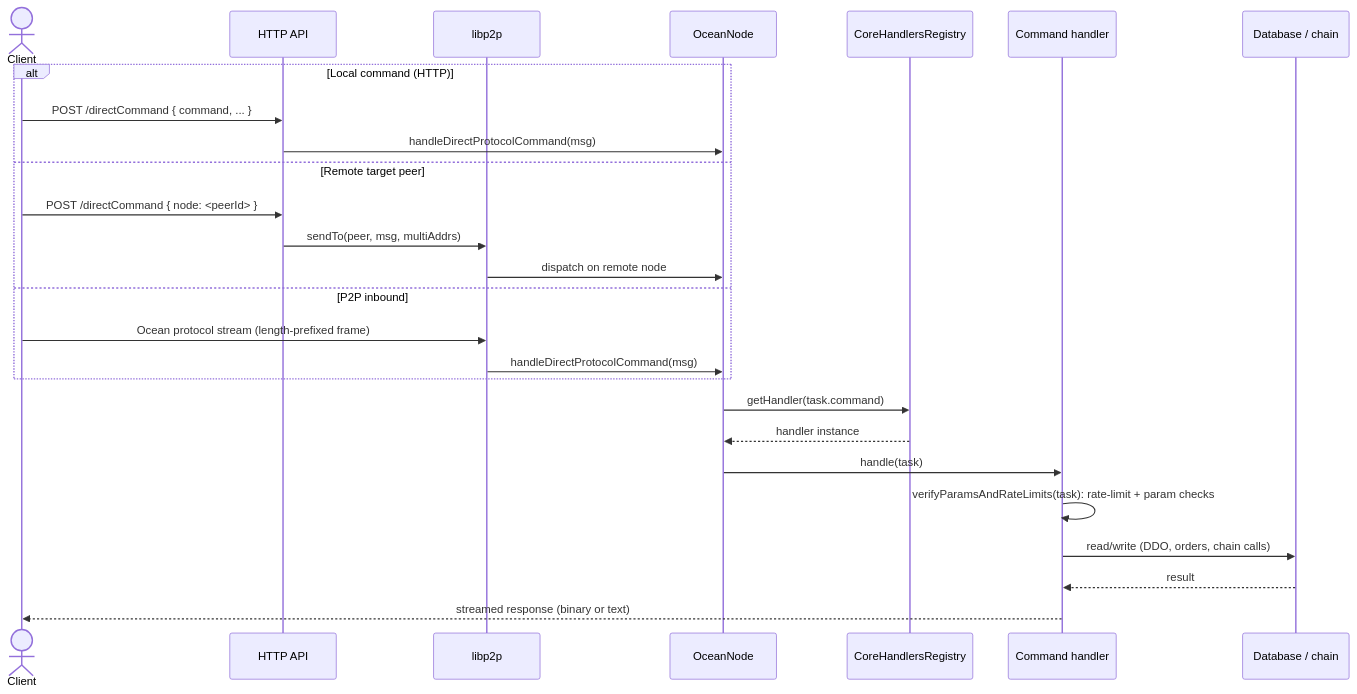
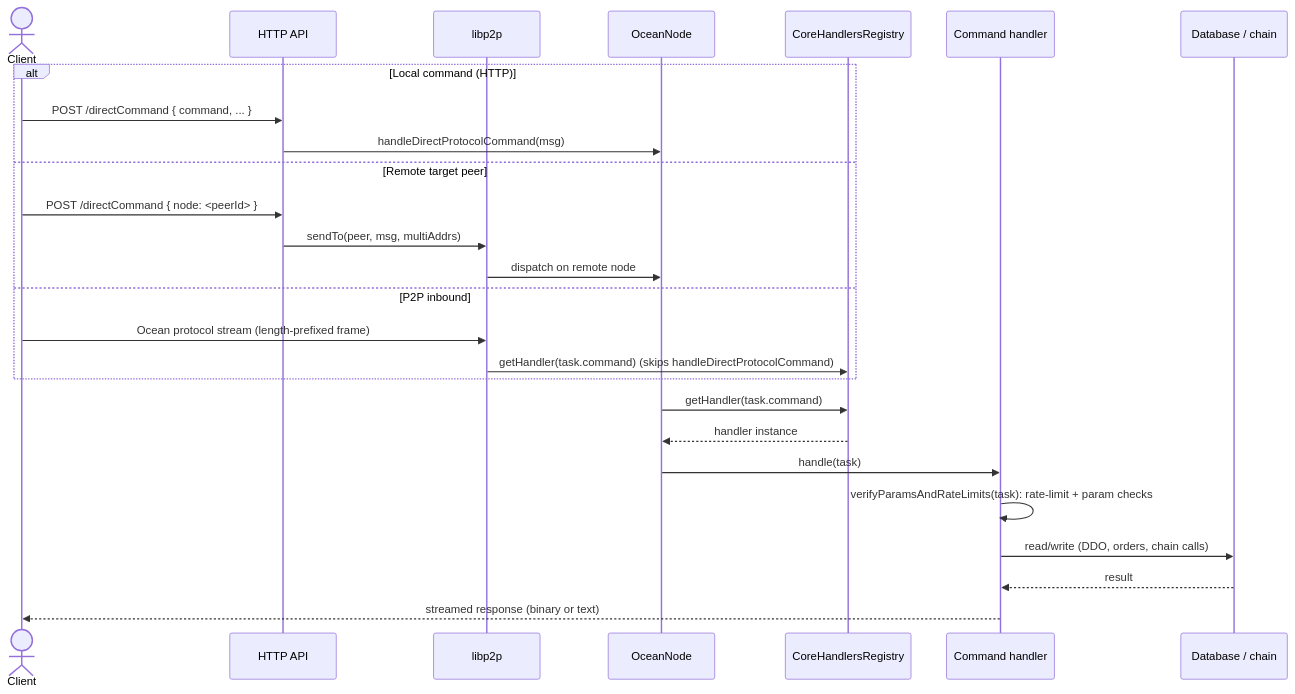
One commit to oceanprotocol/ocean-node changed the second of 5 diagrams in docs/Arhitecture.md. Above: the diagram before and after it, drawn with Mermaid. The commit also changed other lines of this file and 1 other file, not shown here.

````diff
--- a/docs/Arhitecture.md
+++ b/docs/Arhitecture.md
@@ -111,30 +115,30 @@
 ```mermaid
 sequenceDiagram
     actor Client
     participant HTTP as HTTP API
     participant P2P as libp2p
     participant ON as OceanNode
     participant REG as CoreHandlersRegistry
     participant H as Command handler
     participant DB as Database / chain
 
     alt Local command (HTTP)
         Client->>HTTP: POST /directCommand { command, ... }
         HTTP->>ON: handleDirectProtocolCommand(msg)
     else Remote target peer
         Client->>HTTP: POST /directCommand { node: <peerId> }
         HTTP->>P2P: sendTo(peer, msg, multiAddrs)
         P2P->>ON: dispatch on remote node
     else P2P inbound
         Client->>P2P: Ocean protocol stream (length-prefixed frame)
-        P2P->>ON: handleDirectProtocolCommand(msg)
+        P2P->>REG: getHandler(task.command) (skips handleDirectProtocolCommand)
     end
 
     ON->>REG: getHandler(task.command)
     REG-->>ON: handler instance
     ON->>H: handle(task)
     H->>H: verifyParamsAndRateLimits(task): rate-limit + param checks
     H->>DB: read/write (DDO, orders, chain calls)
     DB-->>H: result
     H-->>Client: streamed response (binary or text)
 ```
````
